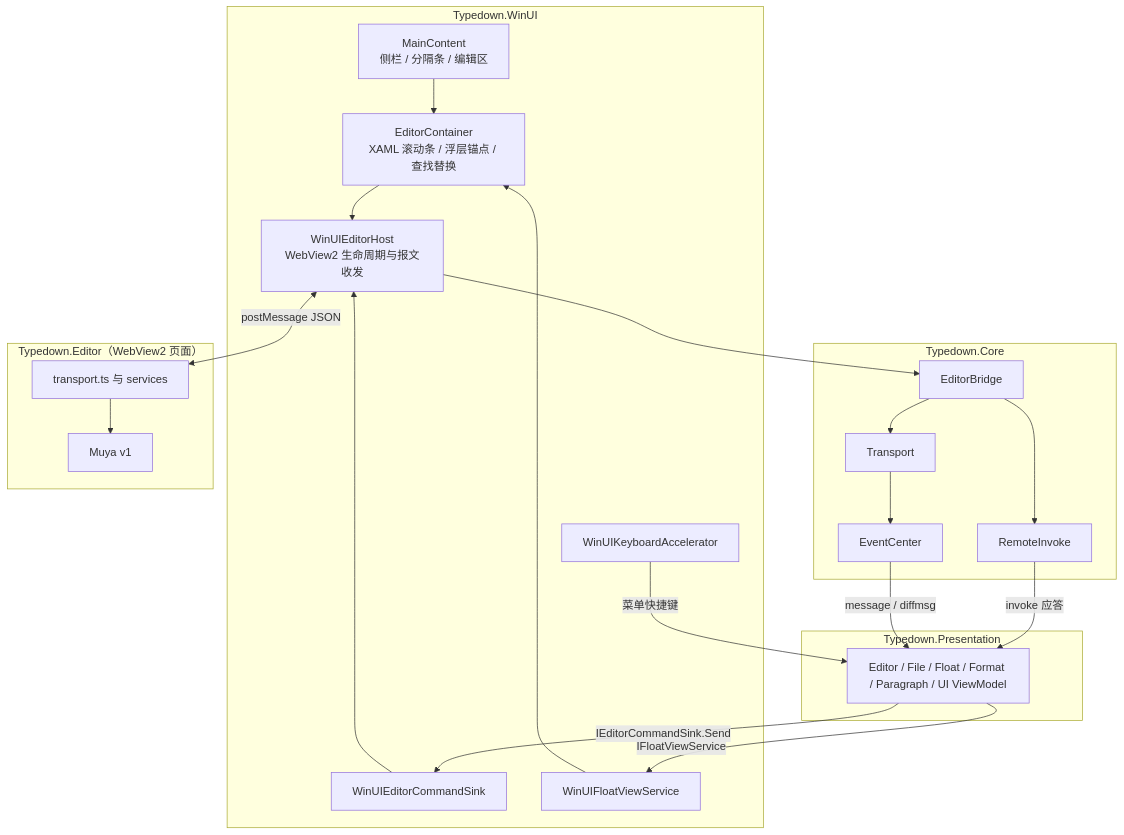
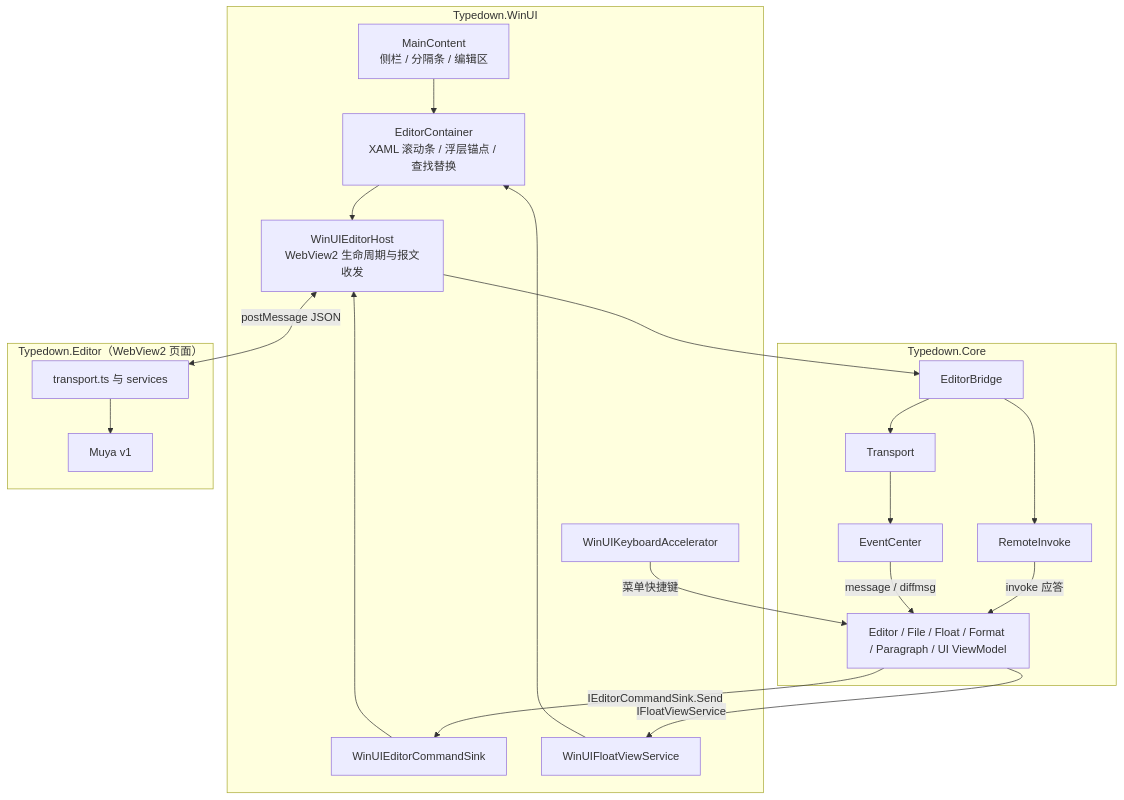
The first of 6 diagrams in docs/architecture.md (awarson2233/Typedown), drawn with Mermaid before and after one commit. The commit also changed other lines of this file and 2 other files, not shown here.

First line of the commit message:
test(architecture): guard Core against platform assemblies after the merge

````diff
--- a/docs/architecture.md
+++ b/docs/architecture.md
@@ -20,27 +20,25 @@
 ```mermaid
 flowchart TB
     subgraph WinUI["Typedown.WinUI"]
         MC["MainContent<br/>侧栏 / 分隔条 / 编辑区"] --> EC["EditorContainer<br/>XAML 滚动条 / 浮层锚点 / 查找替换"]
         EC --> Host["WinUIEditorHost<br/>WebView2 生命周期与报文收发"]
         Sink["WinUIEditorCommandSink"] --> Host
         Float["WinUIFloatViewService"] --> EC
         Keys["WinUIKeyboardAccelerator"]
     end
     subgraph Core["Typedown.Core"]
         Bridge["EditorBridge"] --> RI["RemoteInvoke"]
         Bridge --> TP["Transport"] --> EVC["EventCenter"]
-    end
-    subgraph Pres["Typedown.Presentation"]
         VM["Editor / File / Float / Format / Paragraph / UI ViewModel"]
     end
     subgraph Page["Typedown.Editor（WebView2 页面）"]
         TS["transport.ts 与 services"] --> Muya["Muya v1"]
     end
     Host <-->|"postMessage JSON"| TS
     Host --> Bridge
     RI -->|"invoke 应答"| VM
     EVC -->|"message / diffmsg"| VM
     VM -->|"IEditorCommandSink.Send"| Sink
     VM -->|"IFloatViewService"| Float
     Keys -->|"菜单快捷键"| VM
 ```
````
